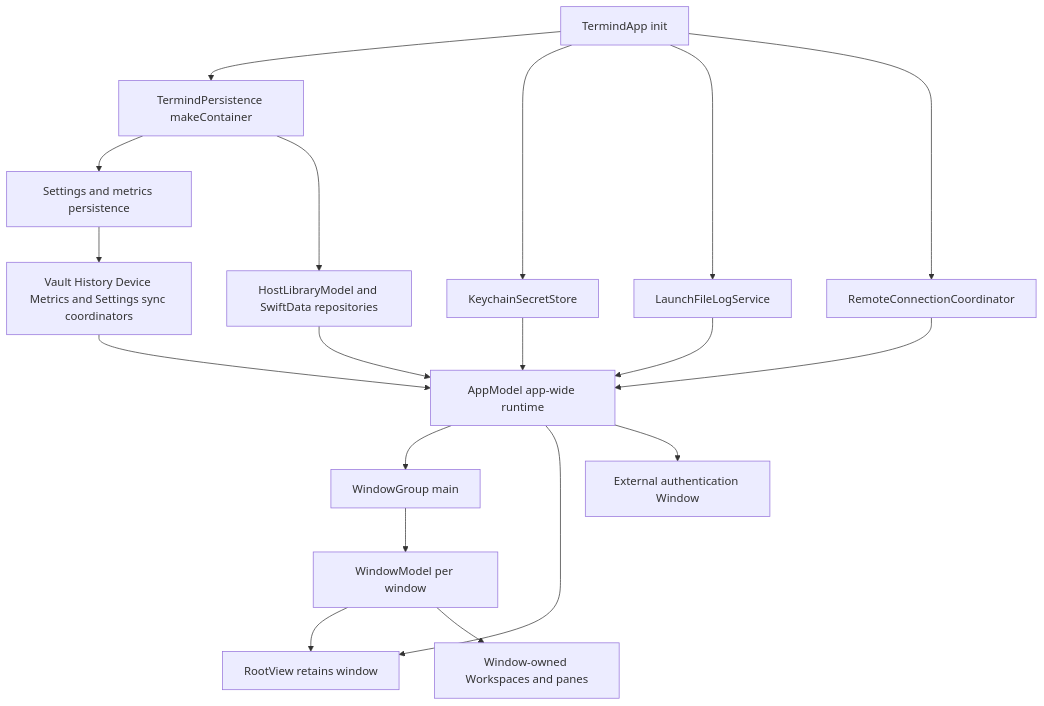
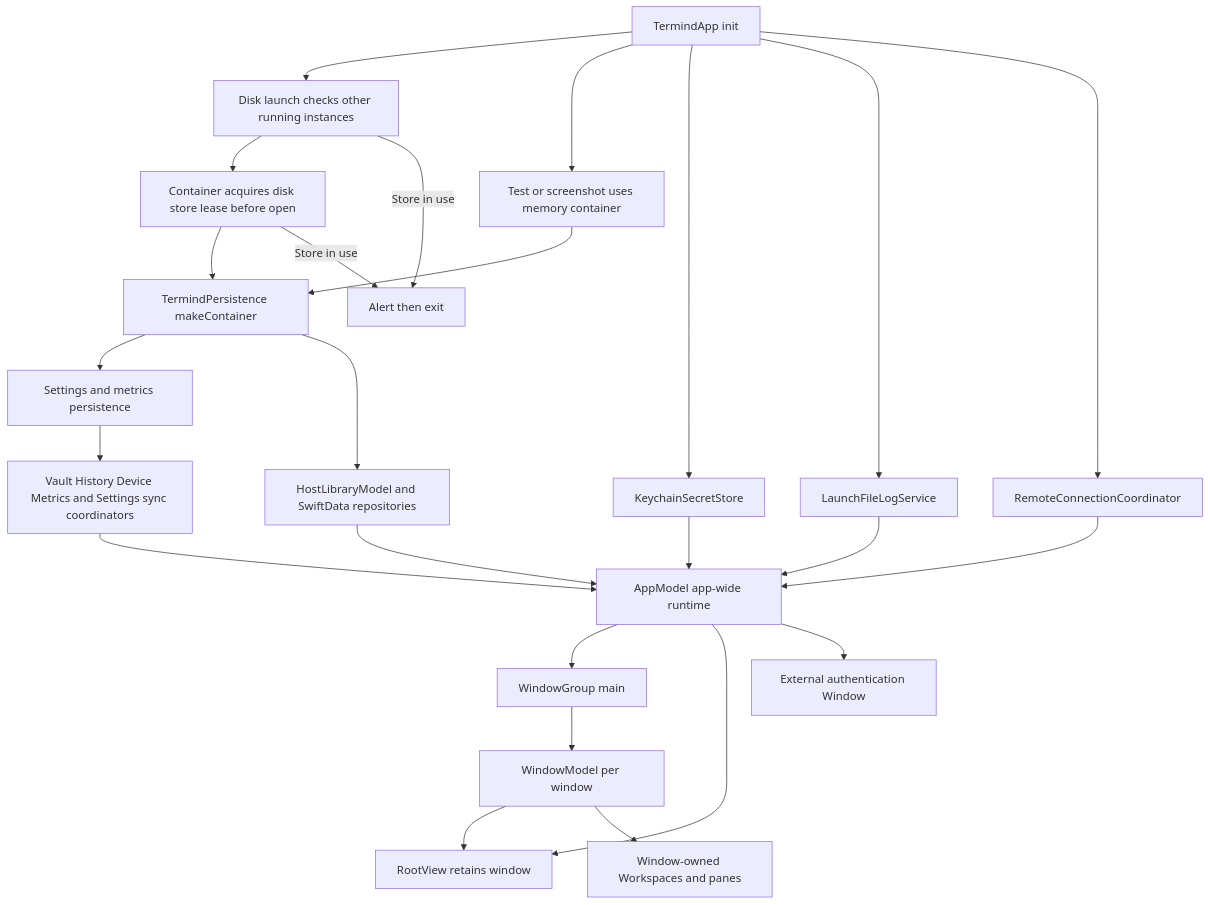
The first of 5 diagrams in openwiki/architecture/platform-runtime.md (AkinoKaede/Termind), drawn with Mermaid before and after one commit. The commit also changed other lines of this file and 51 other files, not shown here.

````diff
--- a/openwiki/architecture/platform-runtime.md
+++ b/openwiki/architecture/platform-runtime.md
@@ -127,21 +141,27 @@
 ```mermaid
 flowchart TD
-    Launch["TermindApp init"] --> Store["TermindPersistence makeContainer"]
+    Launch["TermindApp init"] --> Guard["Disk launch checks other running instances"]
+    Guard --> Lock["Container acquires disk store lease before open"]
+    Lock --> Store["TermindPersistence makeContainer"]
+    Launch --> Memory["Test or screenshot uses memory container"]
+    Memory --> Store
+    Guard -->|"Store in use"| Alert["Alert then exit"]
+    Lock -->|"Store in use"| Alert
     Store --> Persistence["Settings and metrics persistence"]
     Store --> Hosts["HostLibraryModel and SwiftData repositories"]
     Launch --> Secrets["KeychainSecretStore"]
     Launch --> Logging["LaunchFileLogService"]
     Launch --> Remote["RemoteConnectionCoordinator"]
     Persistence --> Sync["Vault History Device Metrics and Settings sync coordinators"]
     Hosts --> App["AppModel app-wide runtime"]
     Secrets --> App
     Logging --> App
     Remote --> App
     Sync --> App
     App --> Group["WindowGroup main"]
     Group --> Window["WindowModel per window"]
     Window --> Root["RootView retains window"]
     App --> Root
     Window --> Workspace["Window-owned Workspaces and panes"]
     App --> AuthWindow["External authentication Window"]
 ```
````
